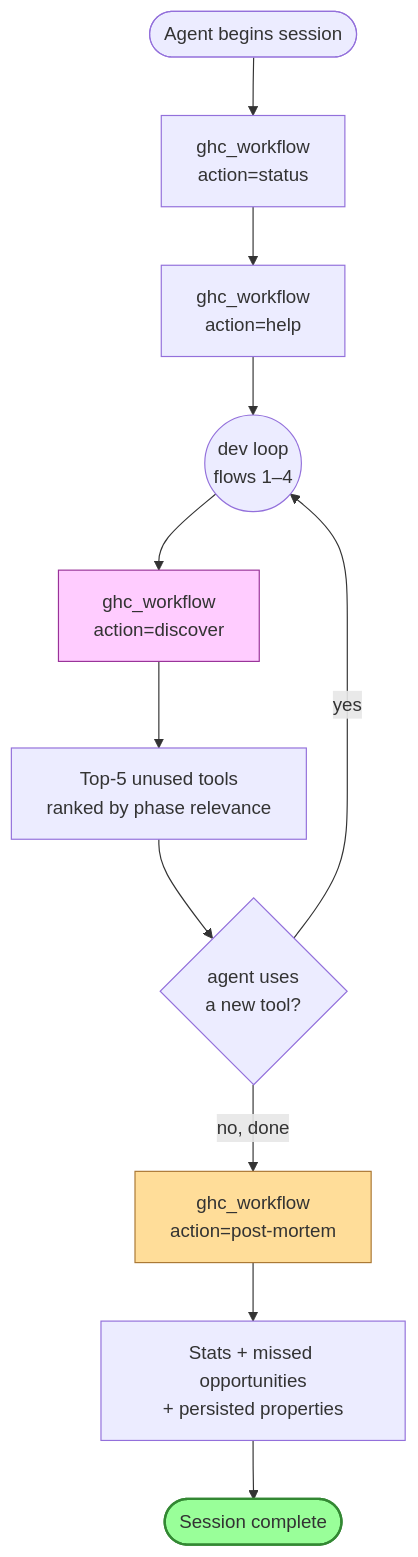
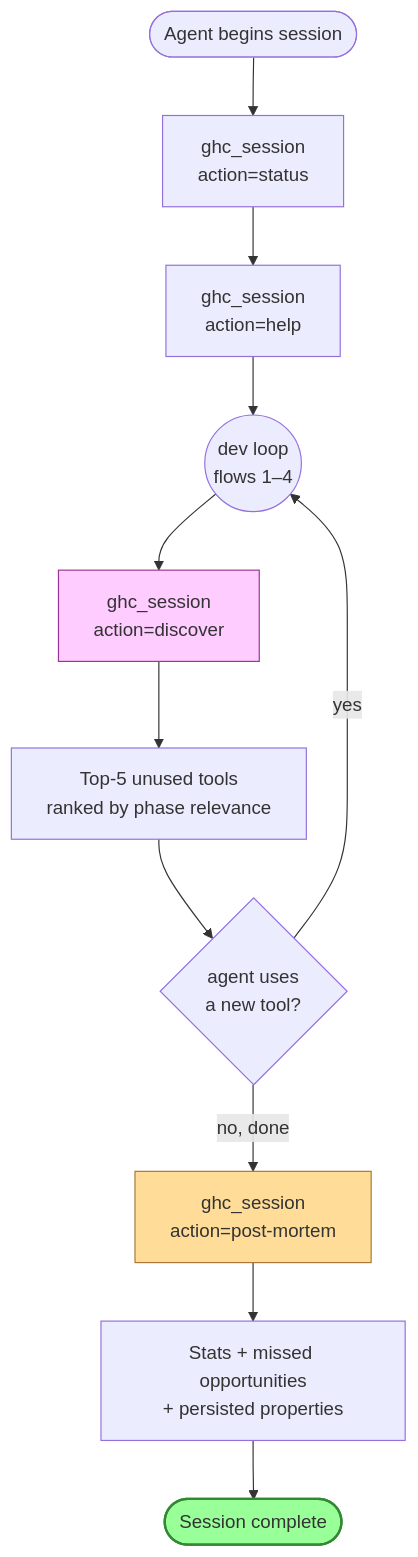
One commit to damian-rafael-lattenero/haskell-rules-and-mcp changed the fifth of 5 diagrams in docs/flows.md. Above: the diagram before and after it, drawn with Mermaid. The commit also changed other lines of this file and 29 other files, not shown here.

````diff
--- a/docs/flows.md
+++ b/docs/flows.md
@@ -177,19 +177,19 @@
 ```mermaid
 flowchart TD
-    start([Agent begins session]) --> status[ghc_workflow\naction=status]
-    status --> help[ghc_workflow\naction=help]
+    start([Agent begins session]) --> status[ghc_session\naction=status]
+    status --> help[ghc_session\naction=help]
     help --> work((dev loop\nflows 1–4))
 
-    work --> discover[ghc_workflow\naction=discover]
+    work --> discover[ghc_session\naction=discover]
     discover --> ranked[Top-5 unused tools\nranked by phase relevance]
     ranked --> branch{agent uses\na new tool?}
     branch -->|yes| work
-    branch -->|no, done| postmortem[ghc_workflow\naction=post-mortem]
+    branch -->|no, done| postmortem[ghc_session\naction=post-mortem]
 
     postmortem --> retro[Stats + missed opportunities\n+ persisted properties]
     retro --> done([Session complete])
 
     style discover fill:#fcf,stroke:#939
     style postmortem fill:#fd9,stroke:#a73
     style done fill:#9f9,stroke:#383,stroke-width:2px
 ```
````
